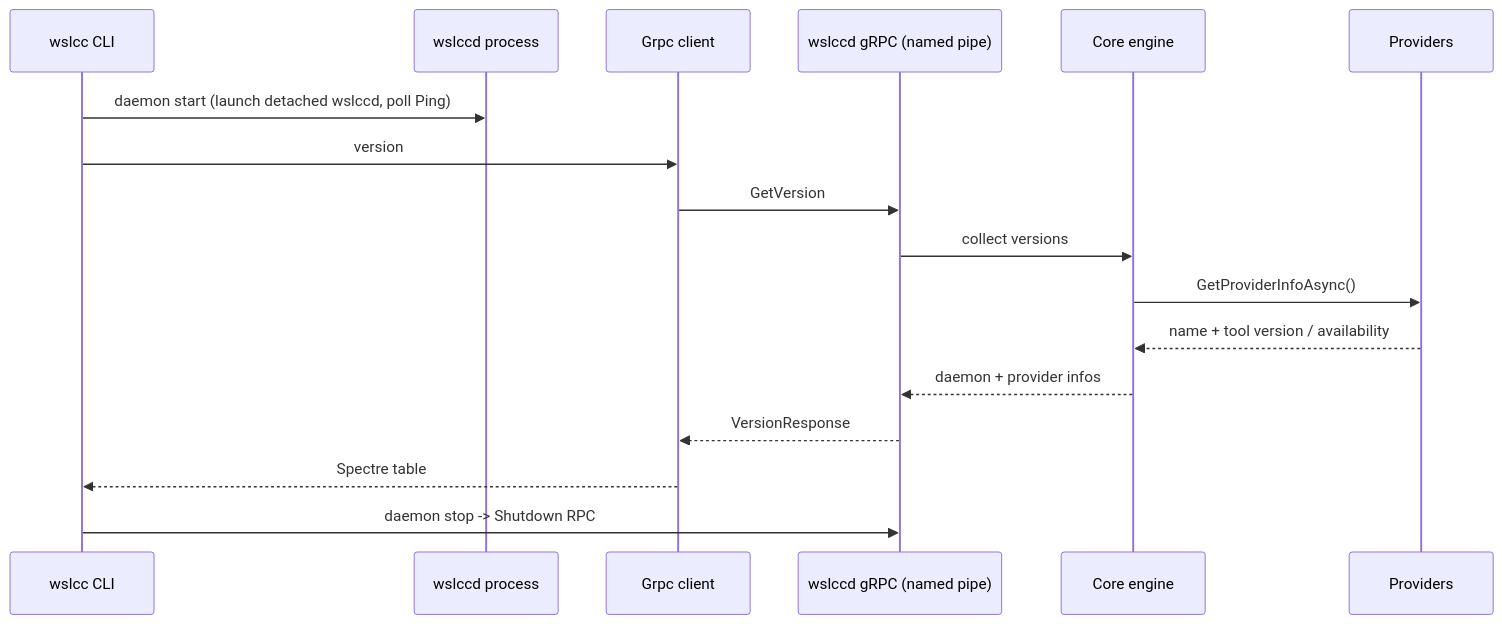
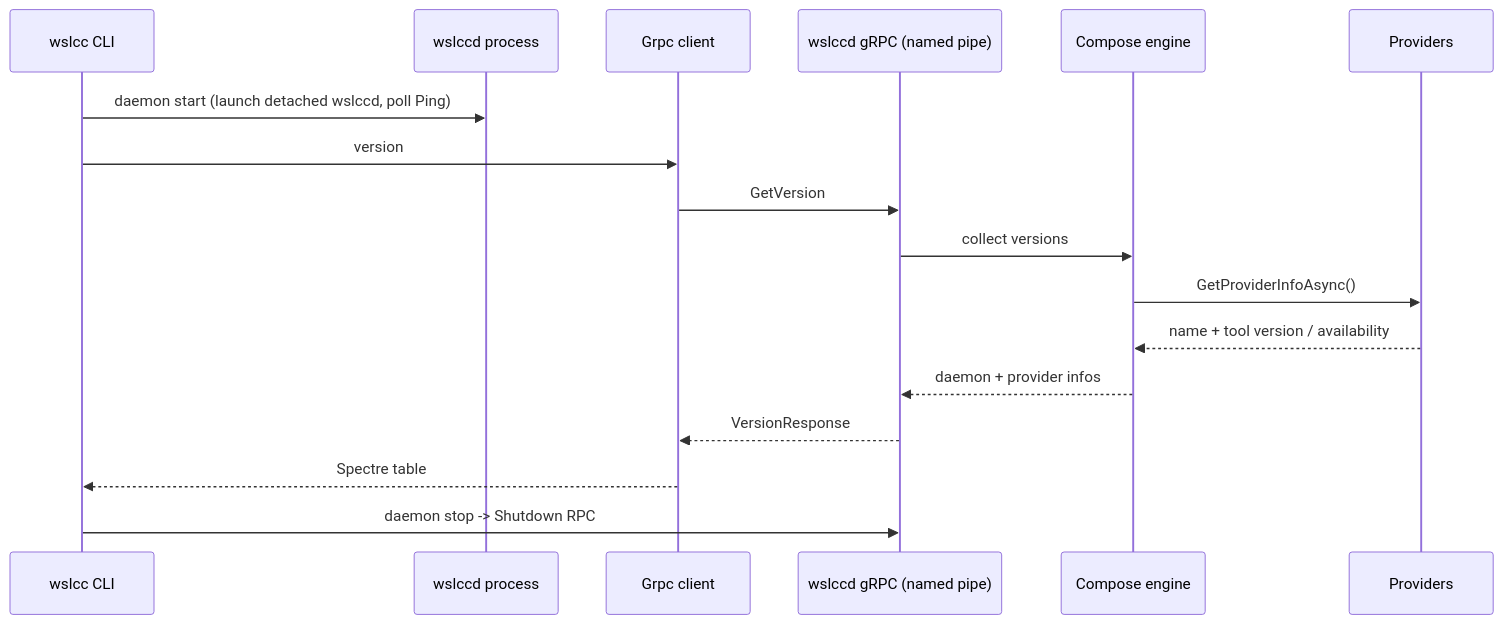
The second of 2 diagrams in docs/architecture.md (arepetti/wslcc), drawn with Mermaid before and after one commit. The commit also changed other lines of this file and 106 other files, not shown here.

````diff
--- a/docs/architecture.md
+++ b/docs/architecture.md
@@ -54,19 +54,19 @@
 ```mermaid
 sequenceDiagram
   participant U as wslcc CLI
   participant W as wslccd process
   participant C as Grpc client
   participant D as wslccd gRPC (named pipe)
-  participant E as Core engine
+  participant E as Compose engine
   participant P as Providers
   U->>W: daemon start (launch detached wslccd, poll Ping)
   U->>C: version
   C->>D: GetVersion
   D->>E: collect versions
   E->>P: GetProviderInfoAsync()
   P-->>E: name + tool version / availability
   E-->>D: daemon + provider infos
   D-->>C: VersionResponse
   C-->>U: Spectre table
   U->>D: daemon stop -> Shutdown RPC
 ```
````
